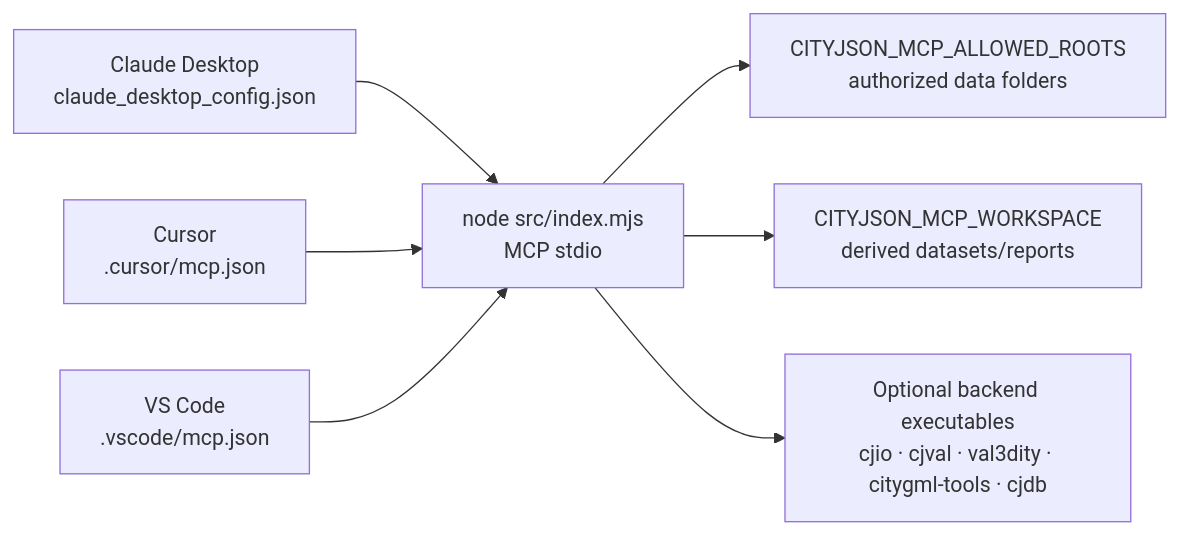
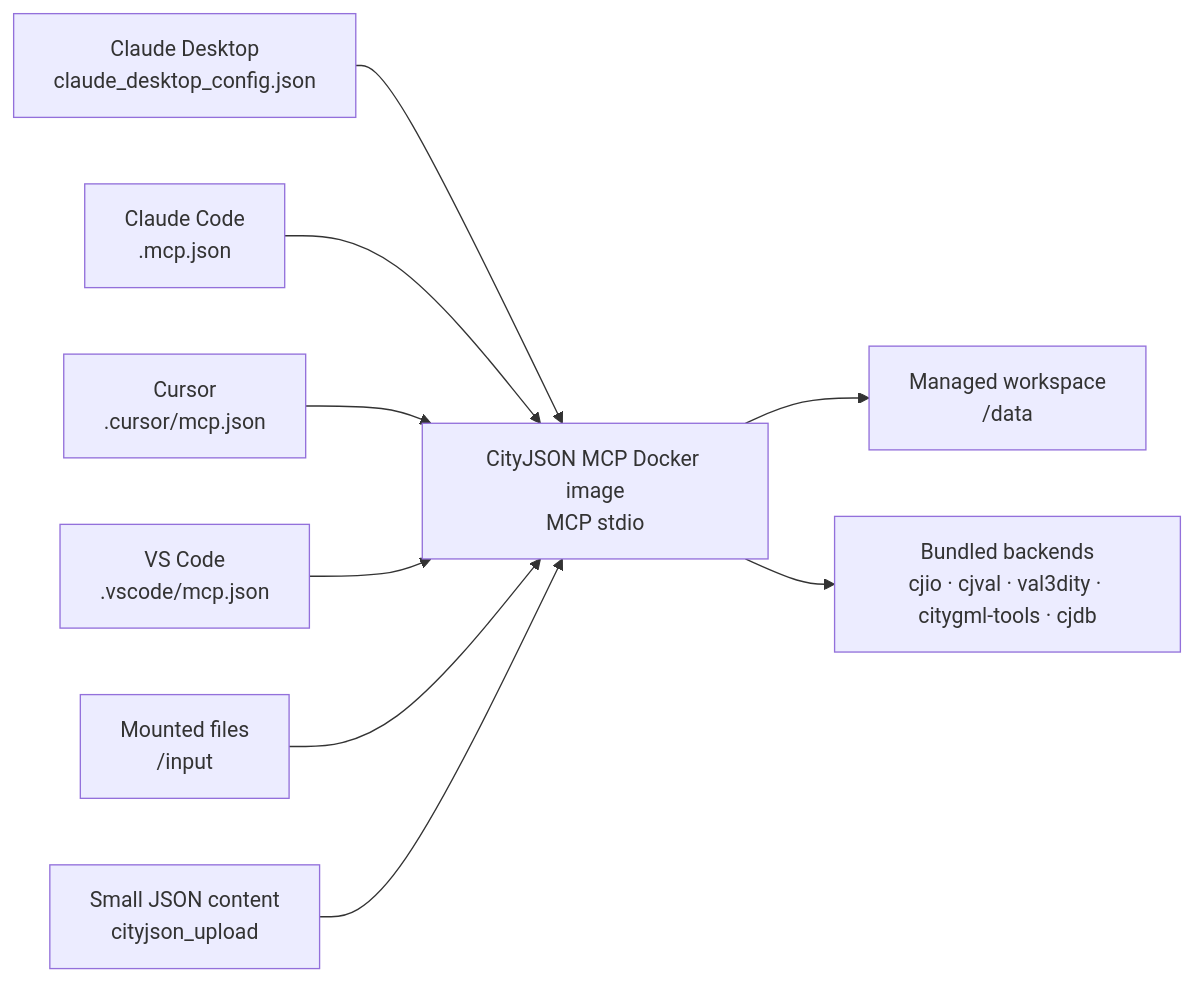
Before and after one commit to Yarroudh/cityjson-mcp: the diagram in diagrams/client-setup.mmd, drawn with Mermaid. The commit also changed 13 other files, not shown here.

Commit message:
ci: publish multi-platform Docker image

```diff
--- a/diagrams/client-setup.mmd
+++ b/diagrams/client-setup.mmd
@@ -1,15 +1,19 @@
 flowchart LR
   CLAUDE["Claude Desktop<br/>claude_desktop_config.json"]
+  CLAUDECODE["Claude Code<br/>.mcp.json"]
   CURSOR["Cursor<br/>.cursor/mcp.json"]
   VSCODE["VS Code<br/>.vscode/mcp.json"]
-  NODE["node src/index.mjs<br/>MCP stdio"]
-  ROOTS["CITYJSON_MCP_ALLOWED_ROOTS<br/>authorized data folders"]
-  WS["CITYJSON_MCP_WORKSPACE<br/>derived datasets/reports"]
-  TOOLS["Optional backend executables<br/>cjio · cjval · val3dity · citygml-tools · cjdb"]
+  DOCKER["CityJSON MCP Docker image<br/>MCP stdio"]
+  INPUT["Mounted files<br/>/input"]
+  UPLOAD["Small JSON content<br/>cityjson_upload"]
+  WS["Managed workspace<br/>/data"]
+  TOOLS["Bundled backends<br/>cjio · cjval · val3dity · citygml-tools · cjdb"]
 
-  CLAUDE --> NODE
-  CURSOR --> NODE
-  VSCODE --> NODE
-  NODE --> ROOTS
-  NODE --> WS
-  NODE --> TOOLS
+  CLAUDE --> DOCKER
+  CLAUDECODE --> DOCKER
+  CURSOR --> DOCKER
+  VSCODE --> DOCKER
+  INPUT --> DOCKER
+  UPLOAD --> DOCKER
+  DOCKER --> WS
+  DOCKER --> TOOLS
```
